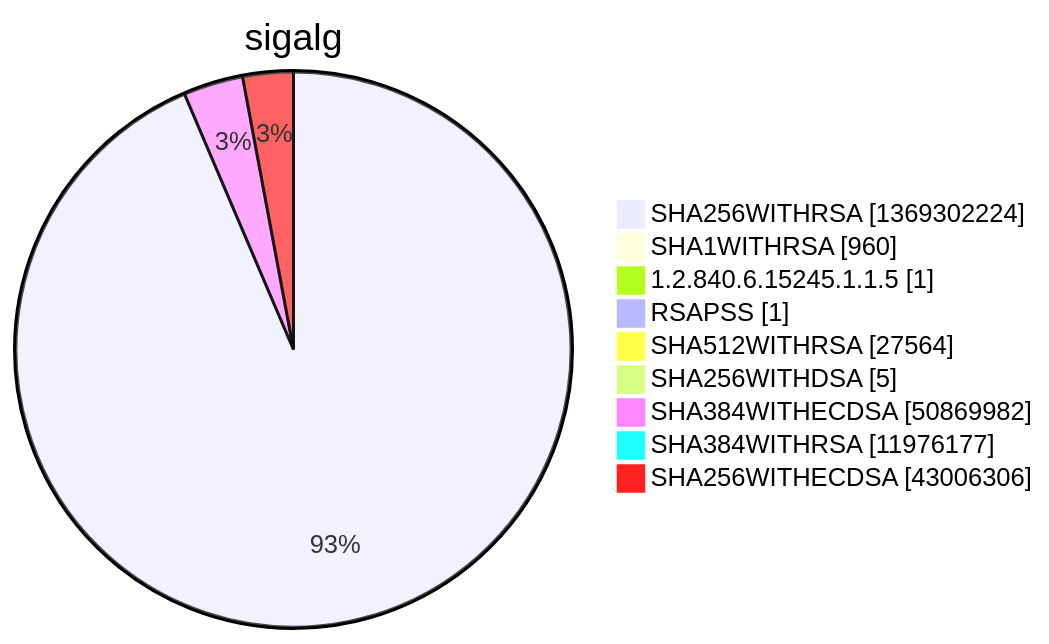
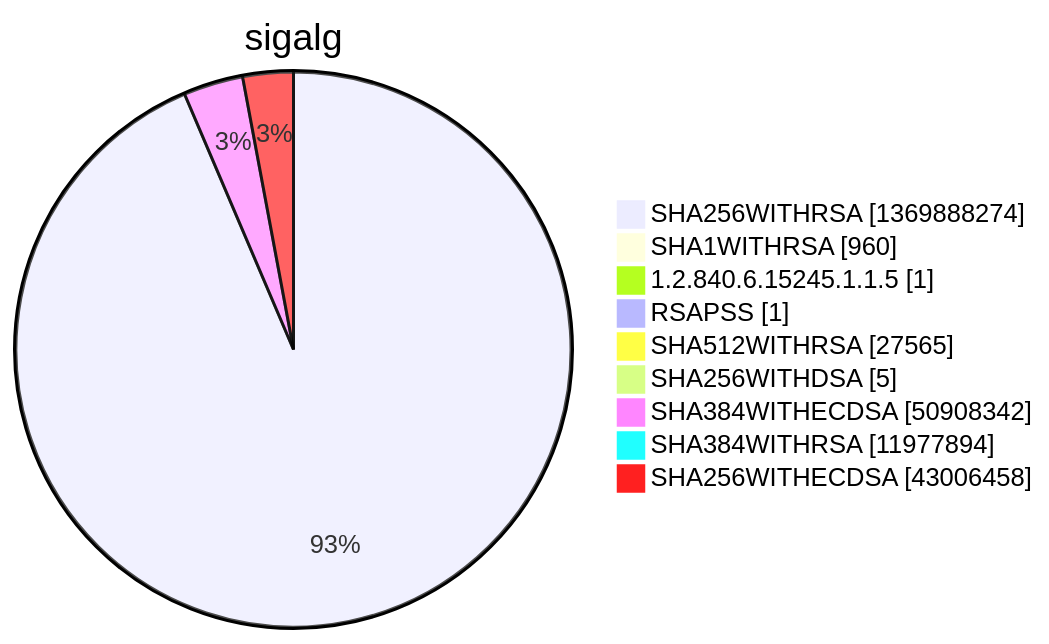
Before and after one commit to christiankrug/ctmonitor_visualization: diagram 15 of 15 in argon2022/README.md, drawn with Mermaid. The commit also changed other lines of this file, not shown here.

````diff
--- a/argon2022/README.md
+++ b/argon2022/README.md
@@ -5524,13 +5524,13 @@
 ```mermaid
 pie showData
 title sigalg
-"SHA256WITHRSA" :1369302224
+"SHA256WITHRSA" :1369888274
 "SHA1WITHRSA" :960
 "1.2.840.6.15245.1.1.5" :1
 "RSAPSS" :1
-"SHA512WITHRSA" :27564
+"SHA512WITHRSA" :27565
 "SHA256WITHDSA" :5
-"SHA384WITHECDSA" :50869982
-"SHA384WITHRSA" :11976177
-"SHA256WITHECDSA" :43006306
+"SHA384WITHECDSA" :50908342
+"SHA384WITHRSA" :11977894
+"SHA256WITHECDSA" :43006458
 ```
````
